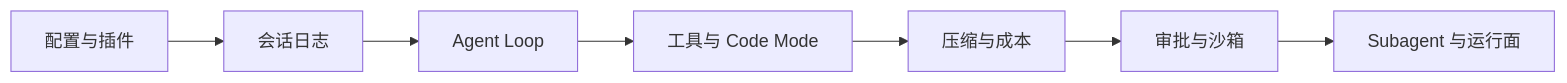
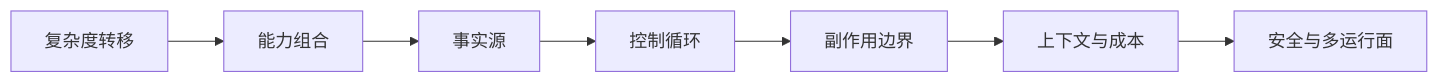
One commit to ranxi2001/zero2Agent changed the diagram in learn-deepseek-harness/index.md. Above: the diagram before and after it, drawn with Mermaid. The commit also changed other lines of this file and 25 other files, not shown here.

````diff
--- a/learn-deepseek-harness/index.md
+++ b/learn-deepseek-harness/index.md
@@ -18,9 +30,9 @@
 ```mermaid
 flowchart LR
-  A[配置与插件] --> B[会话日志]
-  B --> C[Agent Loop]
-  C --> D[工具与 Code Mode]
-  D --> E[压缩与成本]
-  E --> F[审批与沙箱]
-  F --> G[Subagent 与运行面]
+  A["复杂度转移"] --> B["能力组合"]
+  B --> C["事实源"]
+  C --> D["控制循环"]
+  D --> E["副作用边界"]
+  E --> F["上下文与成本"]
+  F --> G["安全与多运行面"]
 ```
````
